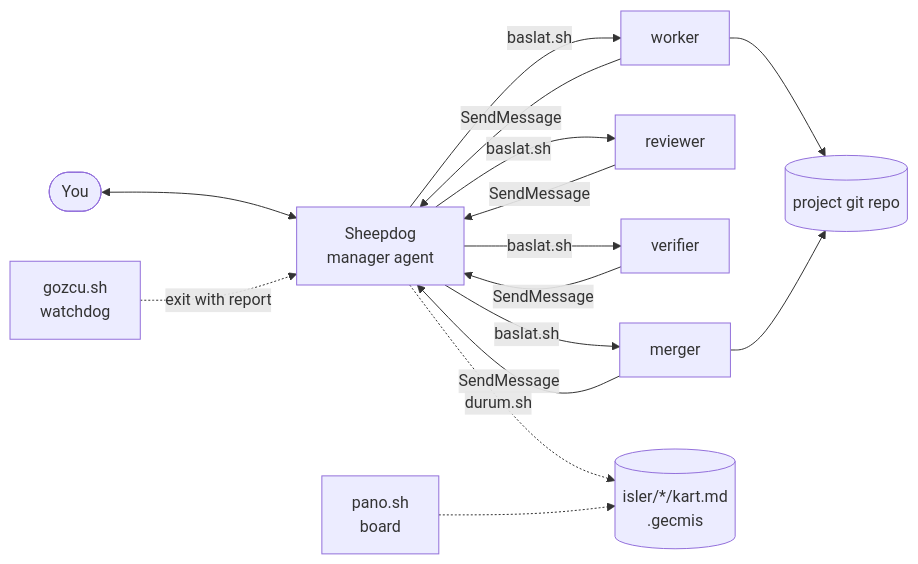
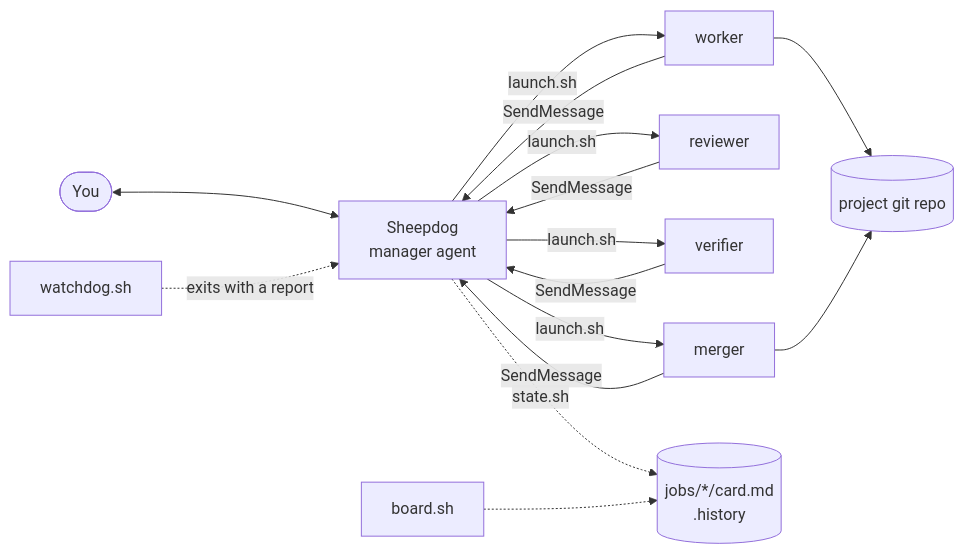
The first of 2 diagrams in docs/ARCHITECTURE.md (Sahinoglu0/sheepdog), drawn with Mermaid before and after one commit. The commit also changed other lines of this file and 166 other files, not shown here.

````diff
--- a/docs/ARCHITECTURE.md
+++ b/docs/ARCHITECTURE.md
@@ -9,13 +13,13 @@
 ```mermaid
 flowchart LR
     You([You]) <--> S[Sheepdog<br/>manager agent]
-    S -->|baslat.sh| W[worker]
-    S -->|baslat.sh| R[reviewer]
-    S -->|baslat.sh| V[verifier]
-    S -->|baslat.sh| M[merger]
-    S -.->|durum.sh| K[(isler/*/kart.md<br/>.gecmis)]
-    G[gozcu.sh<br/>watchdog] -.->|exit with report| S
-    P[pano.sh<br/>board] -.-> K
+    S -->|launch.sh| W[worker]
+    S -->|launch.sh| R[reviewer]
+    S -->|launch.sh| V[verifier]
+    S -->|launch.sh| M[merger]
+    S -.->|state.sh| K[(jobs/*/card.md<br/>.history)]
+    G[watchdog.sh] -.->|exits with a report| S
+    P[board.sh] -.-> K
     W & R & V & M -->|SendMessage| S
     W & M --> Repo[(project git repo)]
 ```
````
